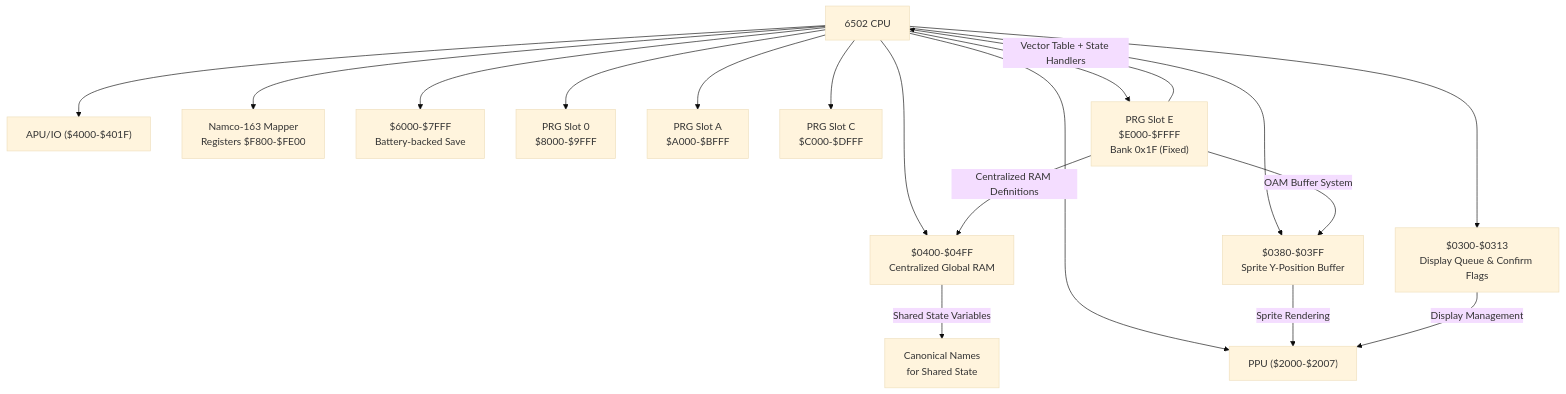
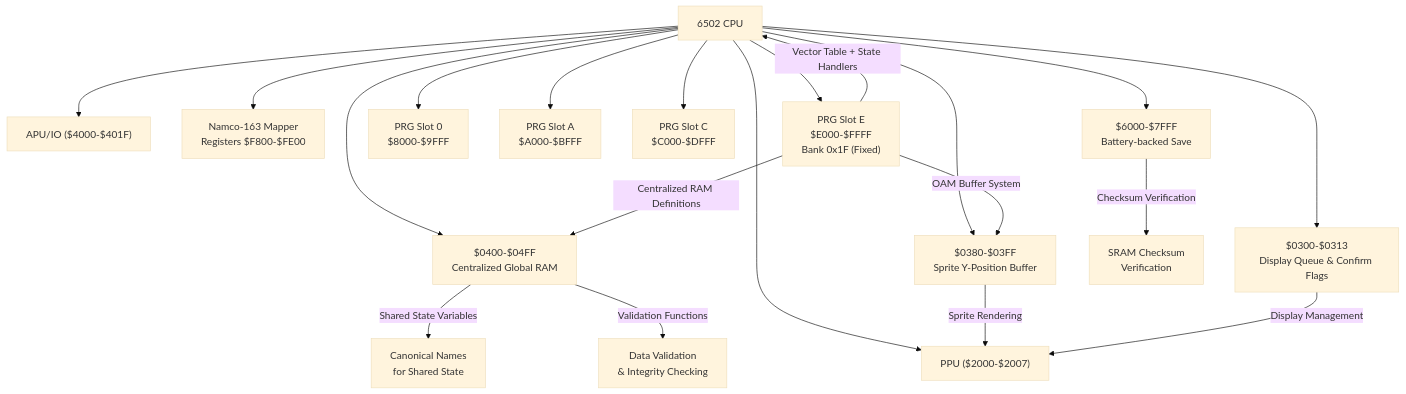
Before and after one commit to rabbyzero/sango2dasm: the second of 12 diagrams in .qoder/repowiki/en/content/Data Access and Memory Management/Data Access and Memory Management.md, drawn with Mermaid (base theme). The commit also changed other lines of this file and 5 other files, not shown here.

````diff
--- a/.qoder/repowiki/en/content/Data Access and Memory Management/Data Access and Memory Management.md
+++ b/.qoder/repowiki/en/content/Data Access and Memory Management/Data Access and Memory Management.md
@@ -114,33 +120,37 @@
 ```mermaid
 graph TB
 CPU["6502 CPU"]
 PPU["PPU ($2000-$2007)"]
 APU_IO["APU/IO ($4000-$401F)"]
 MAPPER["Namco-163 Mapper<br/>Registers $F800-$FE00"]
 SRAM["$6000-$7FFF<br/>Battery-backed Save"]
 PRG0["PRG Slot 0<br/>$8000-$9FFF"]
 PRGA["PRG Slot A<br/>$A000-$BFFF"]
 PRGC["PRG Slot C<br/>$C000-$DFFF"]
 PRGE["PRG Slot E<br/>$E000-$FFFF<br/>Bank 0x1F (Fixed)"]
 GLOBAL_RAM["$0400-$04FF<br/>Centralized Global RAM"]
 OAM_BUFFER["$0380-$03FF<br/>Sprite Y-Position Buffer"]
 DISPLAY_QUEUE["$0300-$0313<br/>Display Queue & Confirm Flags"]
 CANONICAL_NAMES["Canonical Names<br/>for Shared State"]
+VALIDATION["Data Validation<br/>& Integrity Checking"]
+CHECKSUM["SRAM Checksum<br/>Verification"]
 CPU --> PRG0
 CPU --> PRGA
 CPU --> PRGC
 CPU --> PRGE
 CPU --> SRAM
 CPU --> GLOBAL_RAM
 CPU --> OAM_BUFFER
 CPU --> DISPLAY_QUEUE
 CPU --> PPU
 CPU --> APU_IO
 CPU --> MAPPER
 PRGE --> |"Vector Table + State Handlers"| CPU
 PRGE --> |"Centralized RAM Definitions"| GLOBAL_RAM
 PRGE --> |"OAM Buffer System"| OAM_BUFFER
 GLOBAL_RAM --> |"Shared State Variables"| CANONICAL_NAMES
+GLOBAL_RAM --> |"Validation Functions"| VALIDATION
 OAM_BUFFER --> |"Sprite Rendering"| PPU
 DISPLAY_QUEUE --> |"Display Management"| PPU
+SRAM --> |"Checksum Verification"| CHECKSUM
 ```
````
